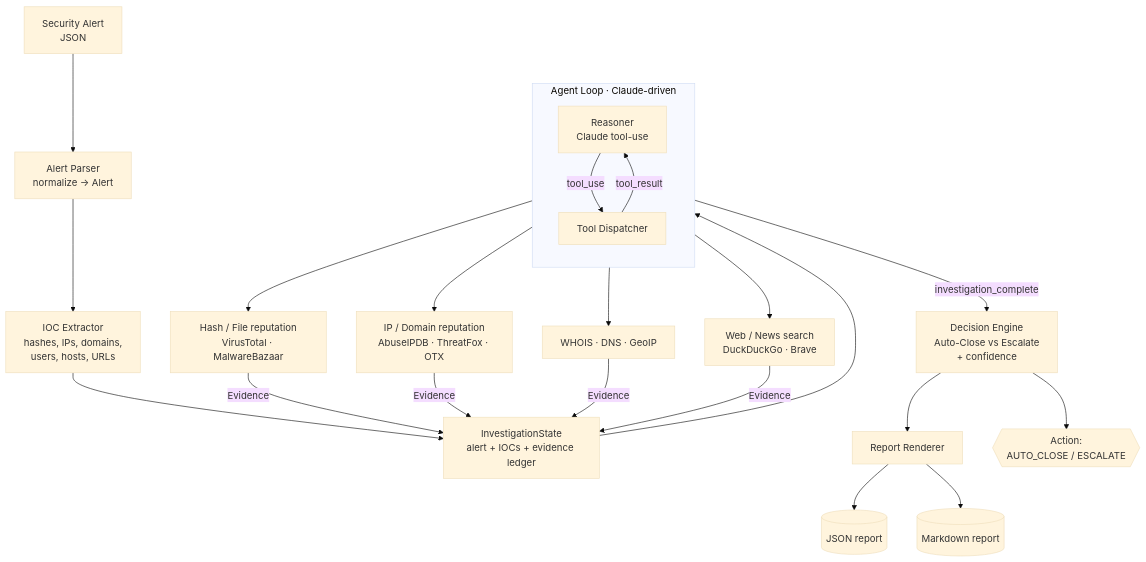
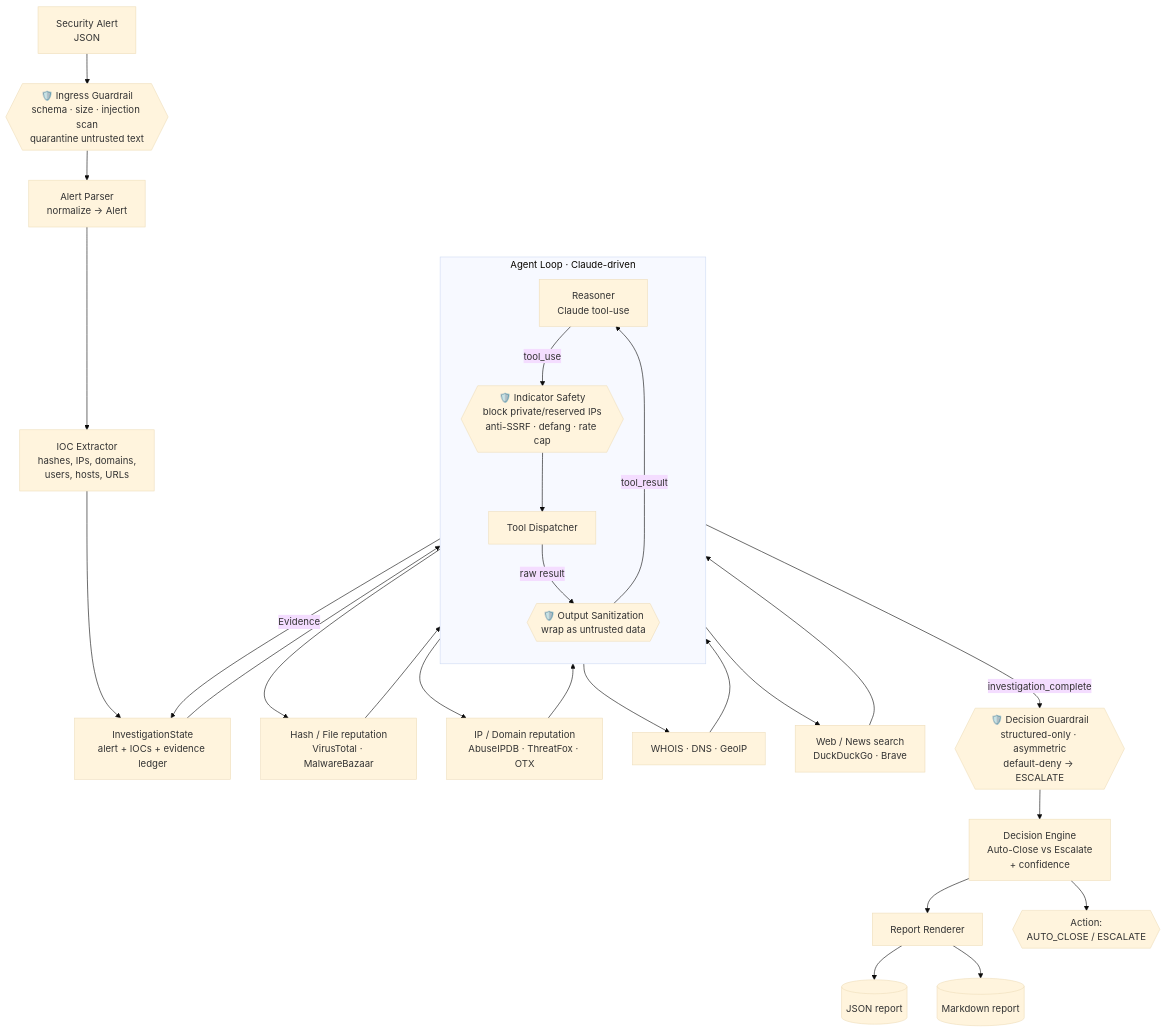
The first of 2 diagrams in ARCHITECTURE.md (Maxim-Passotchnik/Bond-AI-Security-Analyst), drawn with Mermaid (base theme) before and after one commit. The commit also changed other lines of this file and 1 other file, not shown here.

First line of the commit message:
docs: add AI security & guardrails trust-boundary layer

````diff
--- a/ARCHITECTURE.md
+++ b/ARCHITECTURE.md
@@ -27,26 +30,31 @@
 ```mermaid
 flowchart TD
-    A[Security Alert<br/>JSON] --> B[Alert Parser<br/>normalize → Alert]
+    A[Security Alert<br/>JSON] --> G1{{🛡️ Ingress Guardrail<br/>schema · size · injection scan<br/>quarantine untrusted text}}
+    G1 --> B[Alert Parser<br/>normalize → Alert]
     B --> C[IOC Extractor<br/>hashes, IPs, domains,<br/>users, hosts, URLs]
     C --> D[InvestigationState<br/>alert + IOCs + evidence ledger]
 
     subgraph LOOP [Agent Loop · Claude-driven]
         direction TB
-        E[Reasoner<br/>Claude tool-use] -->|tool_use| F[Tool Dispatcher]
-        F -->|tool_result| E
+        E[Reasoner<br/>Claude tool-use] -->|tool_use| G2{{🛡️ Indicator Safety<br/>block private/reserved IPs<br/>anti-SSRF · defang · rate cap}}
+        G2 --> F[Tool Dispatcher]
+        F -->|raw result| G3{{🛡️ Output Sanitization<br/>wrap as untrusted data}}
+        G3 -->|tool_result| E
     end
 
     D --> E
 
     F --> T1[Hash / File reputation<br/>VirusTotal · MalwareBazaar]
     F --> T2[IP / Domain reputation<br/>AbuseIPDB · ThreatFox · OTX]
     F --> T3[WHOIS · DNS · GeoIP]
     F --> T4[Web / News search<br/>DuckDuckGo · Brave]
-    T1 & T2 & T3 & T4 -->|Evidence| D
+    T1 & T2 & T3 & T4 --> G3
+    G3 -->|Evidence| D
 
-    E -->|investigation_complete| G[Decision Engine<br/>Auto-Close vs Escalate<br/>+ confidence]
+    E -->|investigation_complete| G4{{🛡️ Decision Guardrail<br/>structured-only · asymmetric<br/>default-deny → ESCALATE}}
+    G4 --> G[Decision Engine<br/>Auto-Close vs Escalate<br/>+ confidence]
     G --> H[Report Renderer]
     H --> J[(JSON report)]
     H --> K[(Markdown report)]
     G --> L{{Action:<br/>AUTO_CLOSE / ESCALATE}}
 ```
````
